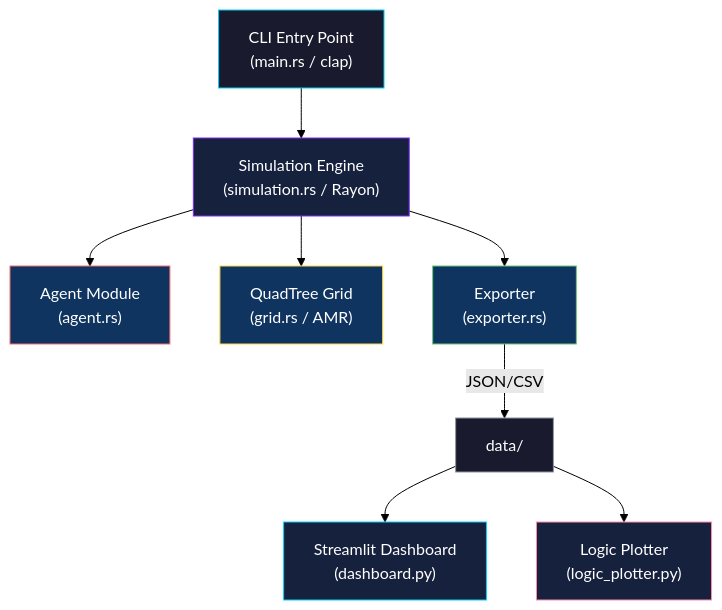
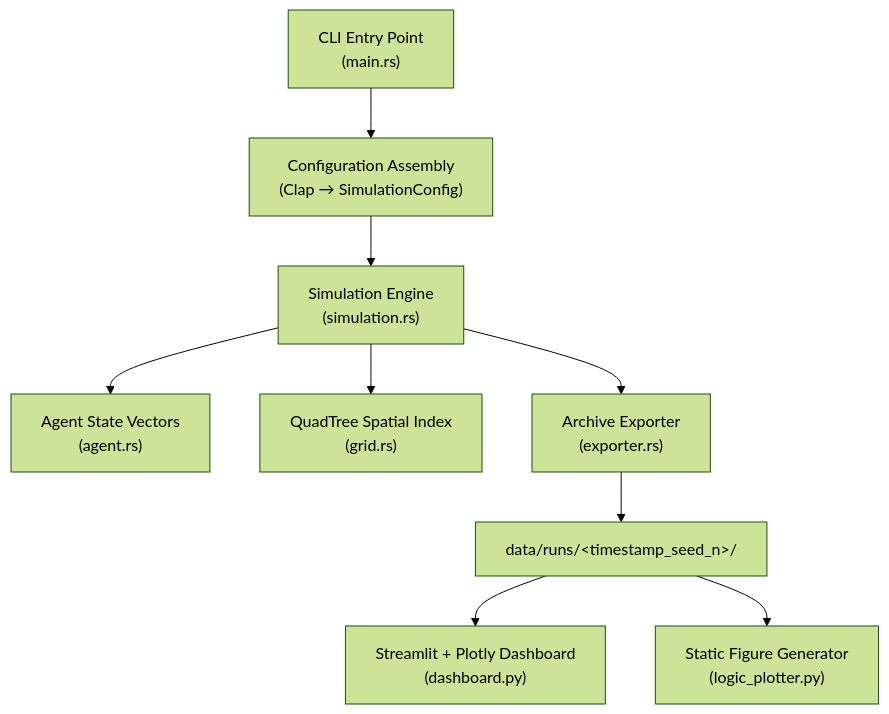
Before and after one commit to LiranOG/CAT-Simulation-Engine: the first of 3 diagrams in README.md, drawn with Mermaid (forest theme). The commit also changed other lines of this file and 40 other files, not shown here.

````diff
--- a/README.md
+++ b/README.md
@@ -39,19 +107,11 @@
 ```mermaid
-graph TB
-    CLI["CLI Entry Point<br/>(main.rs / clap)"] --> SIM["Simulation Engine<br/>(simulation.rs / Rayon)"]
-    SIM --> AGENT["Agent Module<br/>(agent.rs)"]
-    SIM --> GRID["QuadTree Grid<br/>(grid.rs / AMR)"]
-    SIM --> EXPORT["Exporter<br/>(exporter.rs)"]
-    EXPORT -->|JSON/CSV| DATA["data/"]
-    DATA --> DASH["Streamlit Dashboard<br/>(dashboard.py)"]
-    DATA --> PLOT["Logic Plotter<br/>(logic_plotter.py)"]
-
-    style CLI fill:#1a1a2e,stroke:#00d2ff,color:#fff
-    style SIM fill:#16213e,stroke:#7b2ff7,color:#fff
-    style AGENT fill:#0f3460,stroke:#ff6b6b,color:#fff
-    style GRID fill:#0f3460,stroke:#ffd93d,color:#fff
-    style EXPORT fill:#0f3460,stroke:#6bcb77,color:#fff
-    style DATA fill:#1a1a2e,stroke:#8b949e,color:#fff
-    style DASH fill:#16213e,stroke:#00d2ff,color:#fff
-    style PLOT fill:#16213e,stroke:#ff8fab,color:#fff
+flowchart TB
+    CLI["CLI Entry Point<br/>(main.rs)"] --> CFG["Configuration Assembly<br/>(Clap → SimulationConfig)"]
+    CFG --> SIM["Simulation Engine<br/>(simulation.rs)"]
+    SIM --> AGT["Agent State Vectors<br/>(agent.rs)"]
+    SIM --> QT["QuadTree Spatial Index<br/>(grid.rs)"]
+    SIM --> XPT["Archive Exporter<br/>(exporter.rs)"]
+    XPT --> RUNS["data/runs/&lt;timestamp_seed_n&gt;/"]
+    RUNS --> DASH["Streamlit + Plotly Dashboard<br/>(dashboard.py)"]
+    RUNS --> STAT["Static Figure Generator<br/>(logic_plotter.py)"]
 ```
````
